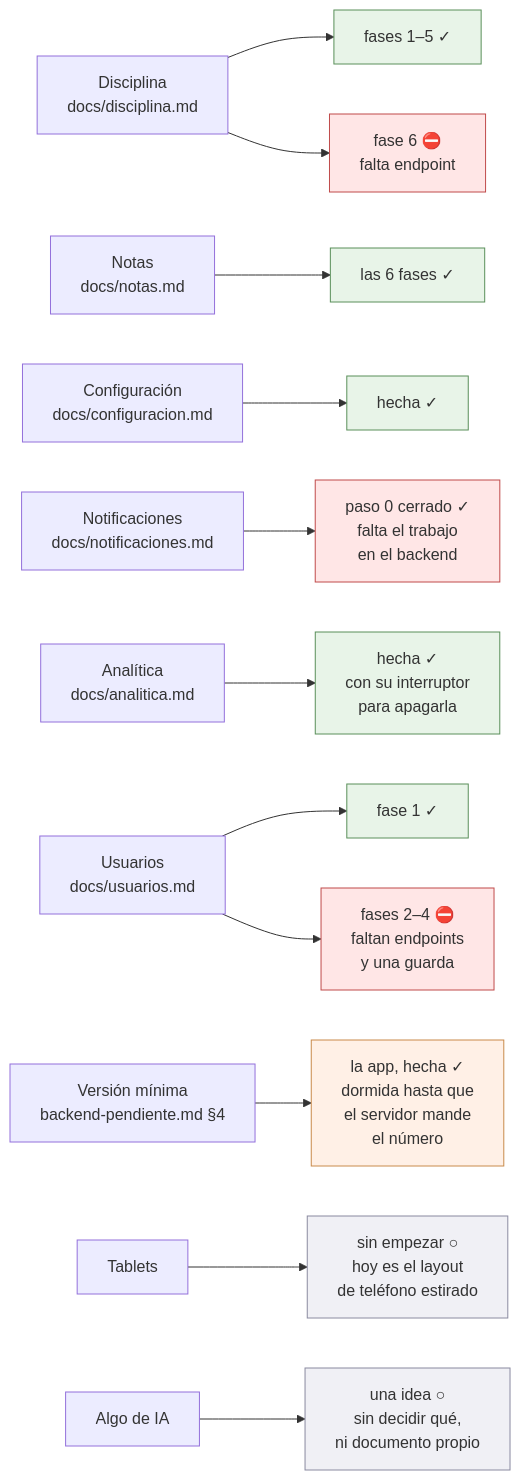
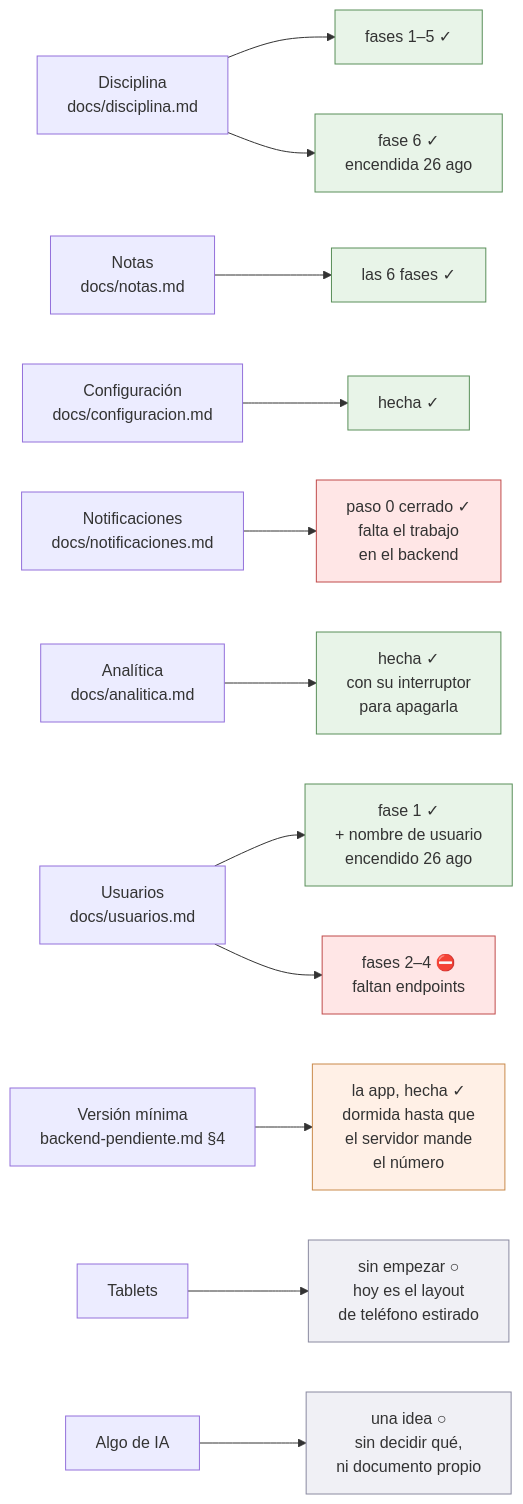
Before and after one commit to bluesky777/myvc_flutter: the diagram in docs/estado.md, drawn with Mermaid. The commit also changed other lines of this file and 11 other files, not shown here.

````diff
--- a/docs/estado.md
+++ b/docs/estado.md
@@ -19,26 +41,26 @@
 ```mermaid
 flowchart LR
     D["Disciplina<br/>docs/disciplina.md"] --> D5["fases 1–5 ✓"]
-    D --> D6["fase 6 ⛔<br/>falta endpoint"]
+    D --> D6["fase 6 ✓<br/>encendida 26 ago"]
     N["Notas<br/>docs/notas.md"] --> N4["las 6 fases ✓"]
     C["Configuración<br/>docs/configuracion.md"] --> C0["hecha ✓"]
     P["Notificaciones<br/>docs/notificaciones.md"] --> P0["paso 0 cerrado ✓<br/>falta el trabajo<br/>en el backend"]
     A["Analítica<br/>docs/analitica.md"] --> A0["hecha ✓<br/>con su interruptor<br/>para apagarla"]
-    U["Usuarios<br/>docs/usuarios.md"] --> U1["fase 1 ✓"]
-    U --> U2["fases 2–4 ⛔<br/>faltan endpoints<br/>y una guarda"]
+    U["Usuarios<br/>docs/usuarios.md"] --> U1["fase 1 ✓<br/>+ nombre de usuario<br/>encendido 26 ago"]
+    U --> U2["fases 2–4 ⛔<br/>faltan endpoints"]
     V["Versión mínima<br/>backend-pendiente.md §4"] --> V1["la app, hecha ✓<br/>dormida hasta que<br/>el servidor mande<br/>el número"]
     T["Tablets"] --> T0["sin empezar ○<br/>hoy es el layout<br/>de teléfono estirado"]
     I["Algo de IA"] --> I0["una idea ○<br/>sin decidir qué,<br/>ni documento propio"]
 
     style D5 fill:#e8f4e8,stroke:#5a8f5a
     style N4 fill:#e8f4e8,stroke:#5a8f5a
-    style D6 fill:#ffe6e6,stroke:#c04b4b
+    style D6 fill:#e8f4e8,stroke:#5a8f5a
     style P0 fill:#ffe6e6,stroke:#c04b4b
     style C0 fill:#e8f4e8,stroke:#5a8f5a
     style A0 fill:#e8f4e8,stroke:#5a8f5a
     style U1 fill:#e8f4e8,stroke:#5a8f5a
     style U2 fill:#ffe6e6,stroke:#c04b4b
     style V1 fill:#fff0e6,stroke:#c98a4b
     style T0 fill:#f0f0f5,stroke:#8a8aa0
     style I0 fill:#f0f0f5,stroke:#8a8aa0
 ```
````
